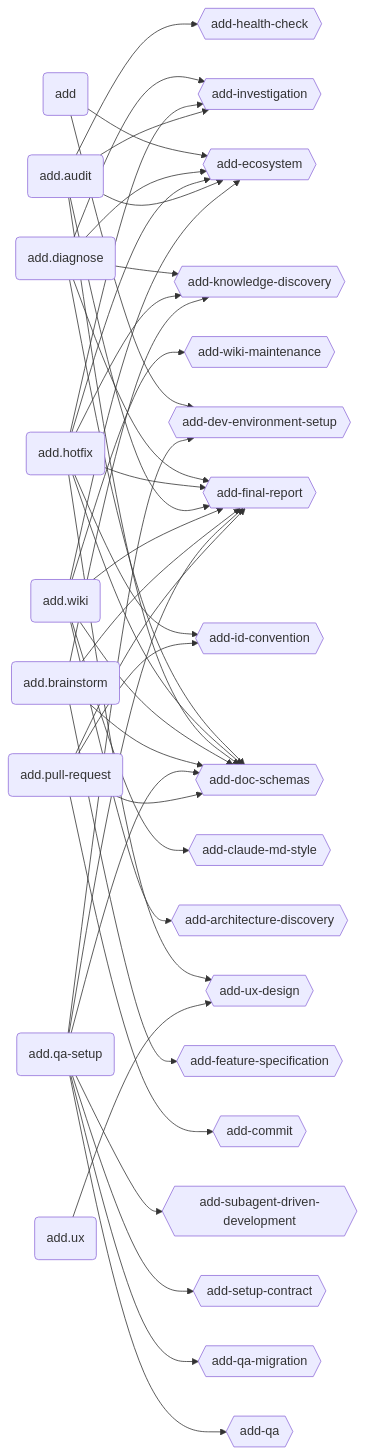
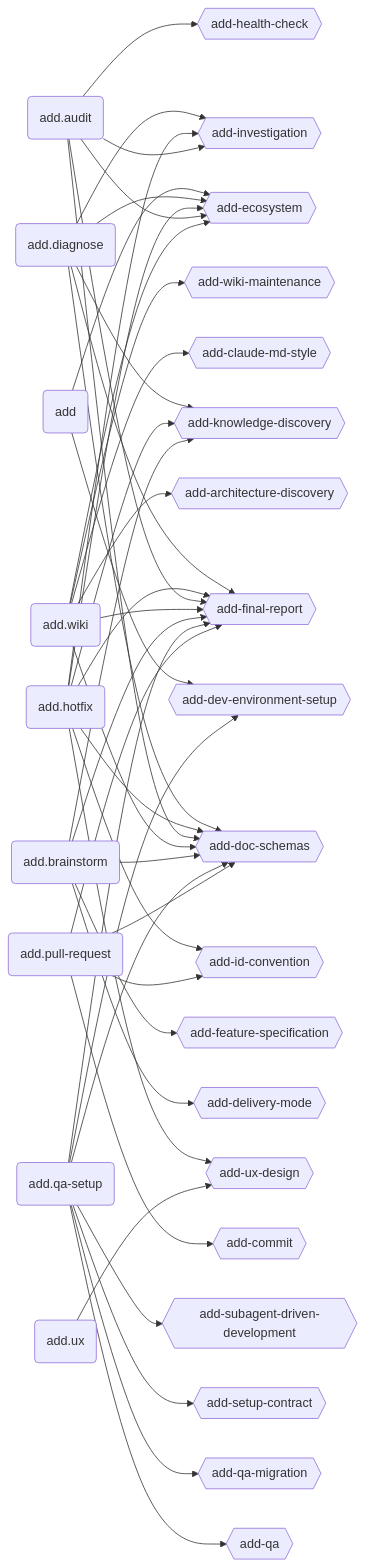
One commit to brabos-ai/code-addiction changed the second of 3 diagrams in ecosystem.md. Above: the diagram before and after it, drawn with Mermaid. The commit also changed other lines of this file and 2 other files, not shown here.

First line of the commit message:
docs(sync): reflect add.plan-to-ready removal and add-delivery-mode addition

````diff
--- a/ecosystem.md
+++ b/ecosystem.md
@@ -48,41 +47,42 @@
 ```mermaid
 graph LR
   ADD(add)
   DIAGNOSE(add.diagnose)
   HOTFIX(add.hotfix)
   AUDIT(add.audit)
   WIKI(add.wiki)
   BRAINSTORM(add.brainstorm)
   UX(add.ux)
   QASETUP(add.qa-setup)
   PULLREQUEST(add.pull-request)
 
   ARDI{{add-architecture-discovery}}
   CLMDST{{add-claude-md-style}}
   CO{{add-commit}}
   DEENSE{{add-dev-environment-setup}}
+  DELMO{{add-delivery-mode}}
   DOSC{{add-doc-schemas}}
   EC{{add-ecosystem}}
   FESP{{add-feature-specification}}
   FINR{{add-final-report}}
   HECH{{add-health-check}}
   IDCO{{add-id-convention}}
   IN{{add-investigation}}
   KNDI{{add-knowledge-discovery}}
   QA{{add-qa}}
   QAMI{{add-qa-migration}}
   SECO{{add-setup-contract}}
   SDDA{{add-subagent-driven-development}}
   UXDE{{add-ux-design}}
   WIMA{{add-wiki-maintenance}}
 
   ADD --> DEENSE & EC
   DIAGNOSE --> DOSC & EC & FINR & IN & KNDI
   HOTFIX --> DOSC & EC & FINR & IDCO & IN & KNDI & UXDE
   AUDIT --> DOSC & EC & FINR & HECH & IN
   WIKI --> ARDI & CLMDST & DOSC & EC & FINR & WIMA
-  BRAINSTORM --> DOSC & FESP & FINR & KNDI
+  BRAINSTORM --> DELMO & DOSC & FESP & FINR & KNDI
   UX --> UXDE
   QASETUP --> DEENSE & DOSC & FINR & QA & QAMI & SECO & SDDA
   PULLREQUEST --> CO & DOSC & FINR & IDCO
 ```
````
